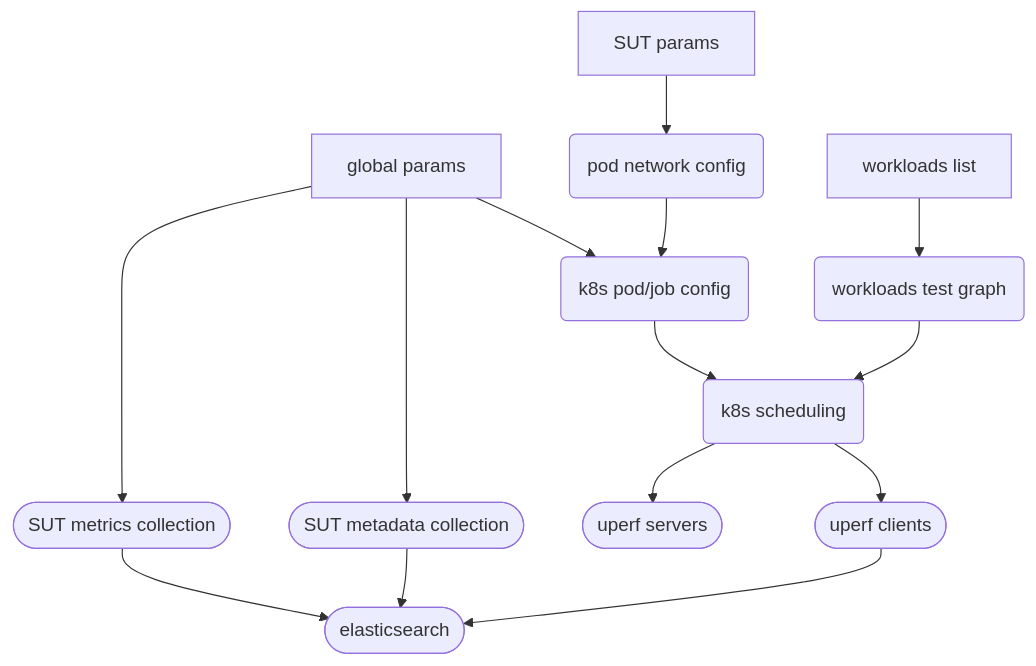
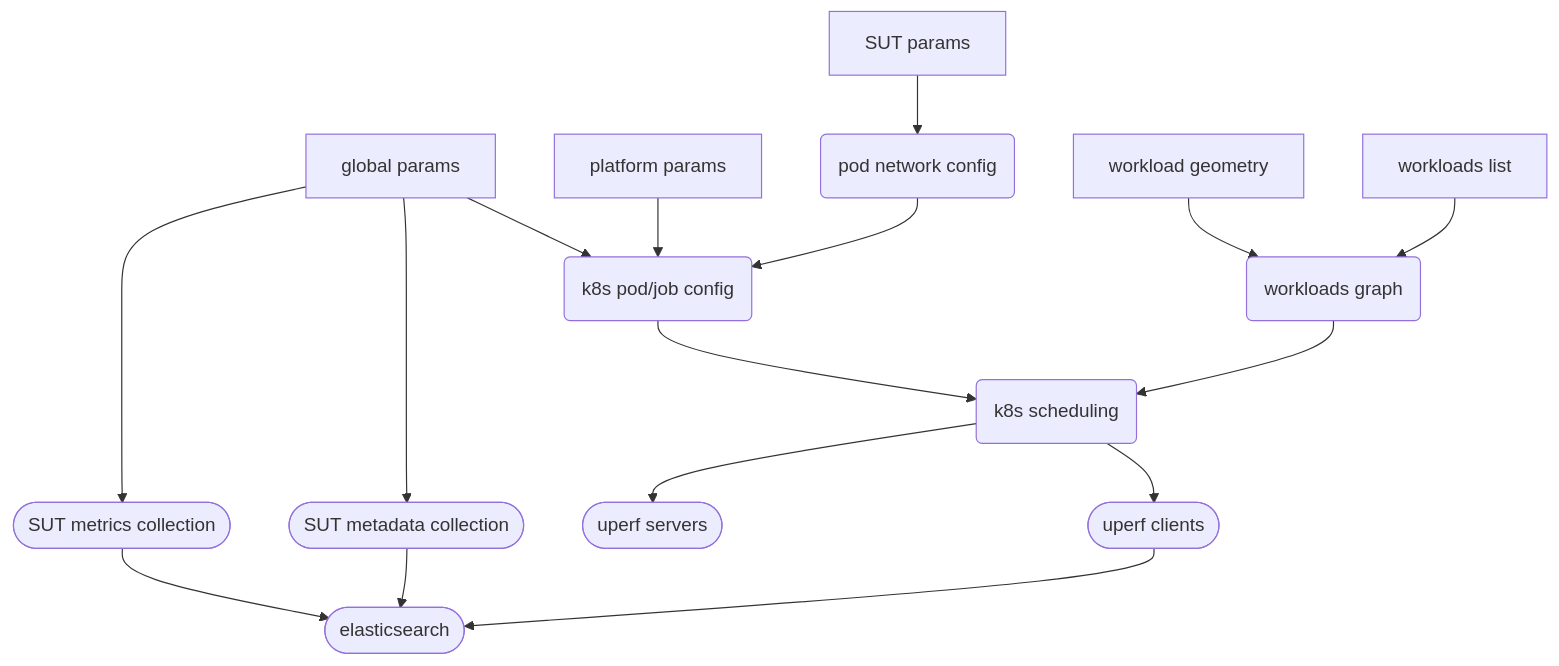
Before and after one commit to arcalot/arcaflow-workflows: the seventh of 7 diagrams in network-performance/README.md, drawn with Mermaid. The commit also changed other lines of this file, not shown here.

Commit message:
add platform and geometry parameters sections

````diff
--- a/network-performance/README.md
+++ b/network-performance/README.md
@@ -115,25 +165,28 @@
 ```mermaid
 graph TD
     global_params[global params] --> metrics_plugin
     global_params --> metadata_plugin
     global_params --> pod_config
 
+    platform_params[platform params] --> pod_config
+
     sut_params[SUT params] --> net_config
 
-    workloads_list[workloads list] --> test_g
+    geometry[workload geometry] --> workloads_g
+
+    workloads_list[workloads list] --> workloads_g
     
-    test_g(workloads test graph) --> scheduling
+    workloads_g(workloads graph) --> scheduling
 
     net_config(pod network config) --> pod_config
     
     metrics_plugin([SUT metrics collection]) --> es
     metadata_plugin([SUT metadata collection]) --> es
-    
     pod_config(k8s pod/job config) --> scheduling
     scheduling(k8s scheduling) --> uperf_servers
     scheduling --> uperf_clients
 
     uperf_servers([uperf servers])
     uperf_clients([uperf clients]) --> es
     es([elasticsearch])
 ```
````
